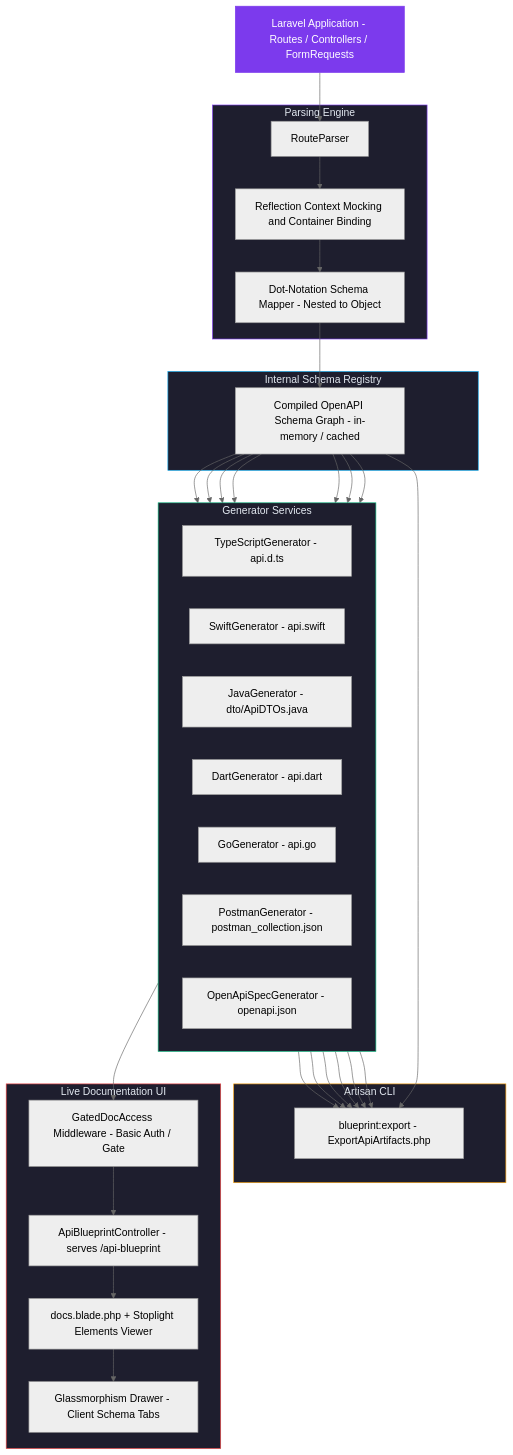
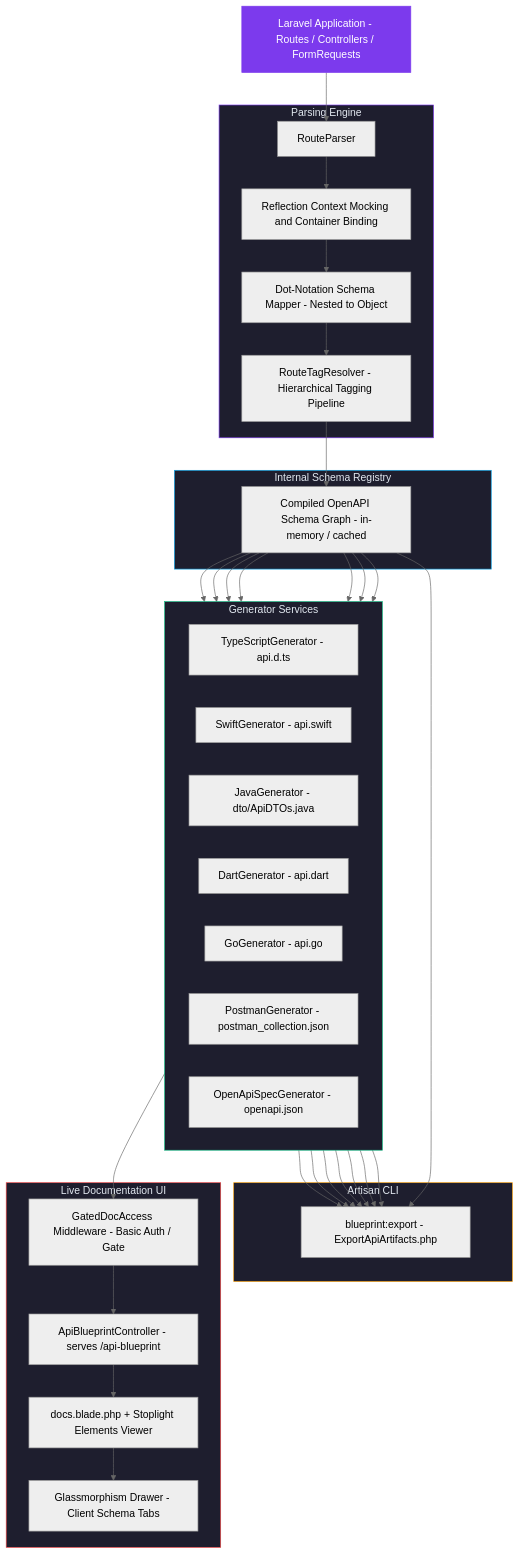
The diagram in README.md (ahtesham-clcbws/laravel-api-blueprint), drawn with Mermaid (neutral theme) before and after one commit. The commit also changed other lines of this file and 16 other files, not shown here.

````diff
--- a/README.md
+++ b/README.md
@@ -215,63 +266,65 @@
 ```mermaid
 flowchart TD
     A["Laravel Application - Routes / Controllers / FormRequests"]
 
     subgraph PARSE ["Parsing Engine"]
         B["RouteParser"]
         B1["Reflection Context Mocking and Container Binding"]
         B2["Dot-Notation Schema Mapper - Nested to Object"]
-        B --> B1 --> B2
+        B3["RouteTagResolver - Hierarchical Tagging Pipeline"]
+        B --> B1 --> B2 --> B3
     end
 
     subgraph REGISTRY ["Internal Schema Registry"]
         C["Compiled OpenAPI Schema Graph - in-memory / cached"]
     end
 
     subgraph GENERATORS ["Generator Services"]
         direction LR
         G1["TypeScriptGenerator - api.d.ts"]
         G2["SwiftGenerator - api.swift"]
         G3["JavaGenerator - dto/ApiDTOs.java"]
         G4["DartGenerator - api.dart"]
         G5["GoGenerator - api.go"]
         G6["PostmanGenerator - postman_collection.json"]
         G7["OpenApiSpecGenerator - openapi.json"]
     end
 
     subgraph CLI ["Artisan CLI"]
         E["blueprint:export - ExportApiArtifacts.php"]
     end
 
     subgraph UI ["Live Documentation UI"]
         F2["GatedDocAccess Middleware - Basic Auth / Gate"]
         F1["ApiBlueprintController - serves /api-blueprint"]
         F3["docs.blade.php + Stoplight Elements Viewer"]
         F4["Glassmorphism Drawer - Client Schema Tabs"]
         F2 --> F1 --> F3 --> F4
     end
 
     A --> B
-    B2 --> C
+    B3 --> C
     C --> G1
     C --> G2
     C --> G3
     C --> G4
     C --> G5
     C --> G6
     C --> G7
     G7 --> F2
     C --> E
     G1 --> E
     G2 --> E
     G3 --> E
     G4 --> E
     G5 --> E
     G6 --> E
+    G7 --> E
 
     style PARSE fill:#1e1e2e,stroke:#7c3aed,color:#e2e8f0
     style REGISTRY fill:#1e1e2e,stroke:#0ea5e9,color:#e2e8f0
     style GENERATORS fill:#1e1e2e,stroke:#10b981,color:#e2e8f0
     style CLI fill:#1e1e2e,stroke:#f59e0b,color:#e2e8f0
     style UI fill:#1e1e2e,stroke:#ef4444,color:#e2e8f0
     style A fill:#7c3aed,stroke:#7c3aed,color:#fff
 ```
````
